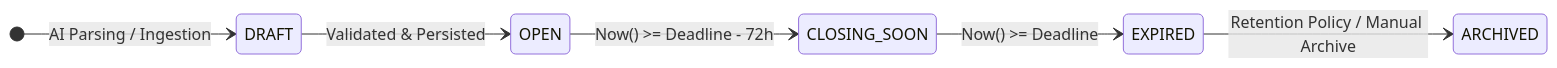
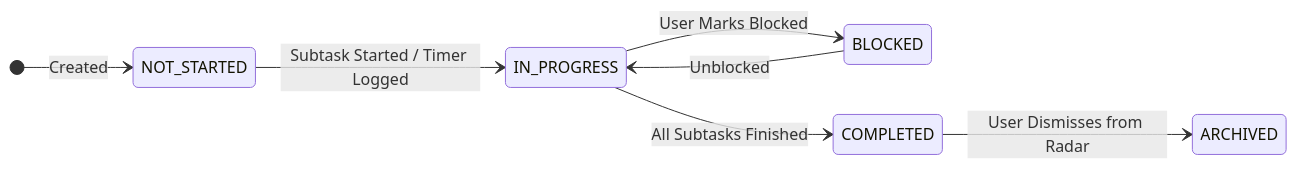
The second of 2 diagrams in docs/database-schema.md (Kunal-net/deadline-radar), drawn with Mermaid before and after one commit. The commit also changed other lines of this file and 19 other files, not shown here.

````diff
--- a/docs/database-schema.md
+++ b/docs/database-schema.md
@@ -571,9 +584,10 @@
 ```mermaid
 stateDiagram-v2
     direction LR
-    [*] --> DRAFT : AI Parsing / Ingestion
-    DRAFT --> OPEN : Validated & Persisted
-    OPEN --> CLOSING_SOON : Now() >= Deadline - 72h
-    CLOSING_SOON --> EXPIRED : Now() >= Deadline
-    EXPIRED --> ARCHIVED : Retention Policy / Manual Archive
+    [*] --> NOT_STARTED : Created
+    NOT_STARTED --> IN_PROGRESS : Subtask Started / Timer Logged
+    IN_PROGRESS --> BLOCKED : User Marks Blocked
+    BLOCKED --> IN_PROGRESS : Unblocked
+    IN_PROGRESS --> COMPLETED : All Subtasks Finished
+    COMPLETED --> ARCHIVED : User Dismisses from Radar
 ```
````
